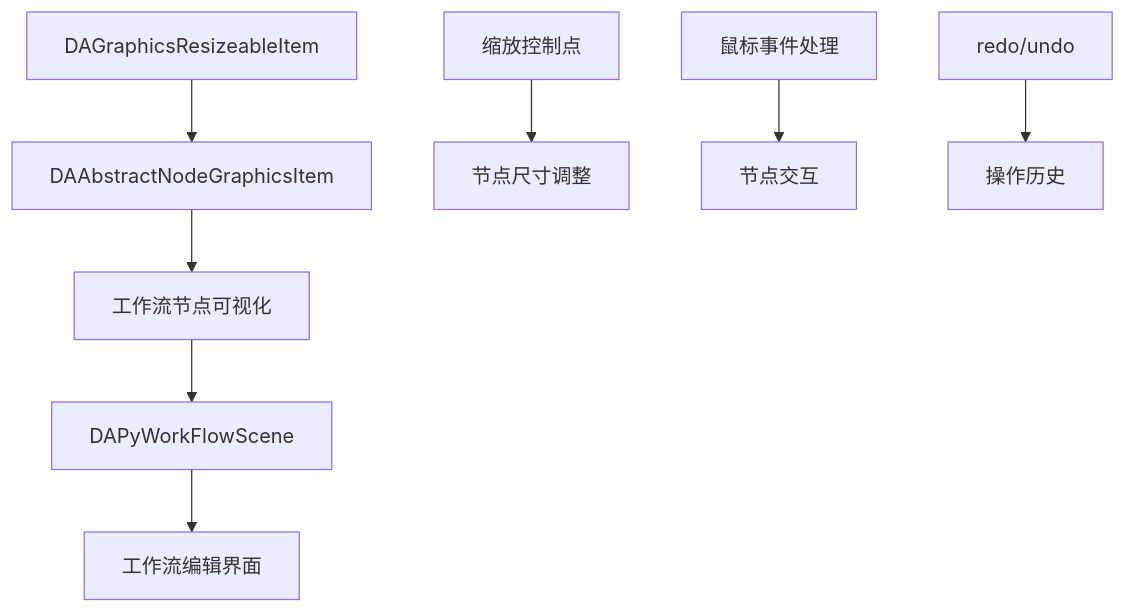
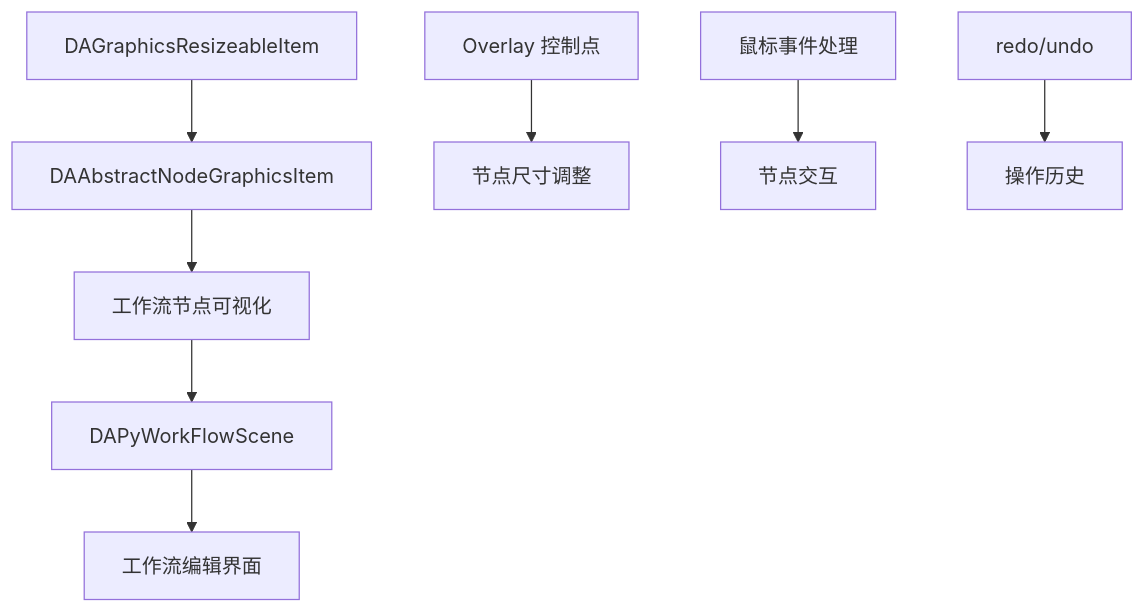
The fourth of 4 diagrams in docs/zh/dev-guide/scalable-graphic-module.md (czyt1988/data-workbench), drawn with Mermaid before and after one commit. The commit also changed other lines of this file and 2 other files, not shown here.

First line of the commit message:
refactor(overlay): plan-05 - 子类适配和文档更新

````diff
--- a/docs/zh/dev-guide/scalable-graphic-module.md
+++ b/docs/zh/dev-guide/scalable-graphic-module.md
@@ -298,11 +320,11 @@
 ```mermaid
 flowchart TD
     A[DAGraphicsResizeableItem] --> B[DAAbstractNodeGraphicsItem]
     B --> C[工作流节点可视化]
     C --> D[DAPyWorkFlowScene]
     D --> E[工作流编辑界面]
     
-    F[缩放控制点] --> G[节点尺寸调整]
+    F[Overlay 控制点] --> G[节点尺寸调整]
     H[鼠标事件处理] --> I[节点交互]
     J[redo/undo] --> K[操作历史]
 ```
````
